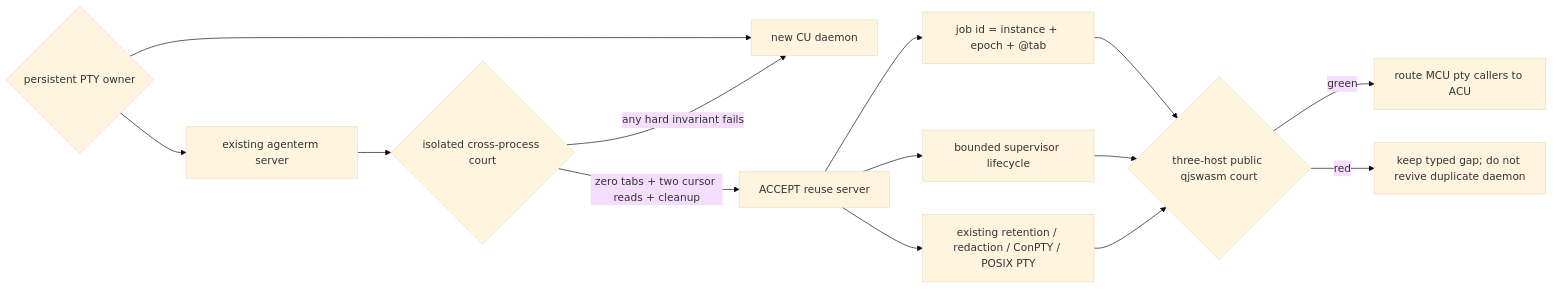
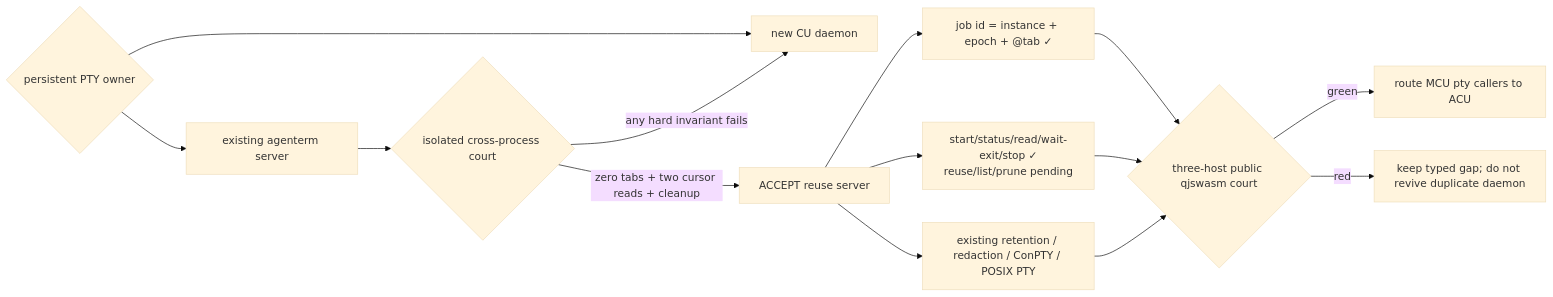
One commit to partnernetsoftware/agenterm changed the diagram in plan/experiment-headless-pty-owner.md. Above: the diagram before and after it, drawn with Mermaid (base theme). The commit also changed other lines of this file and 18 other files, not shown here.

````diff
--- a/plan/experiment-headless-pty-owner.md
+++ b/plan/experiment-headless-pty-owner.md
@@ -99,17 +99,17 @@
 ```mermaid
 flowchart LR
   Q{"persistent PTY owner"}
   Q --> A["existing agenterm server"]
   Q --> B["new CU daemon"]
   A --> C{"isolated cross-process court"}
   C -->|"zero tabs + two cursor reads + cleanup"| D["ACCEPT reuse server"]
   C -->|"any hard invariant fails"| B
-  D --> I["job id = instance + epoch + @tab"]
-  D --> S["bounded supervisor lifecycle"]
+  D --> I["job id = instance + epoch + @tab ✓"]
+  D --> S["start/status/read/wait-exit/stop ✓<br/>reuse/list/prune pending"]
   D --> R["existing retention / redaction / ConPTY / POSIX PTY"]
   I --> G{"three-host public qjswasm court"}
   S --> G
   R --> G
   G -->|green| M["route MCU pty callers to ACU"]
   G -->|red| K["keep typed gap; do not revive duplicate daemon"]
 ```
````
